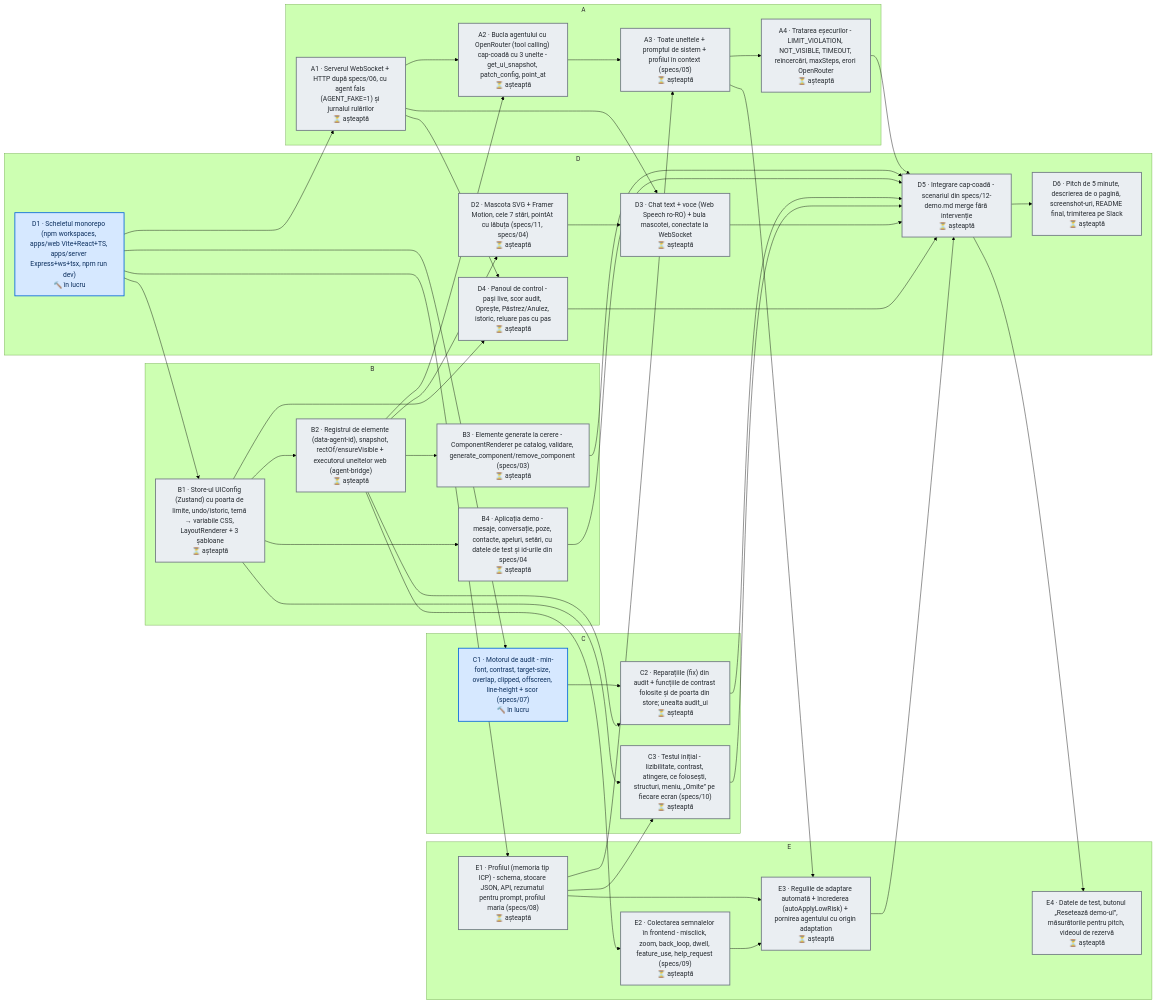
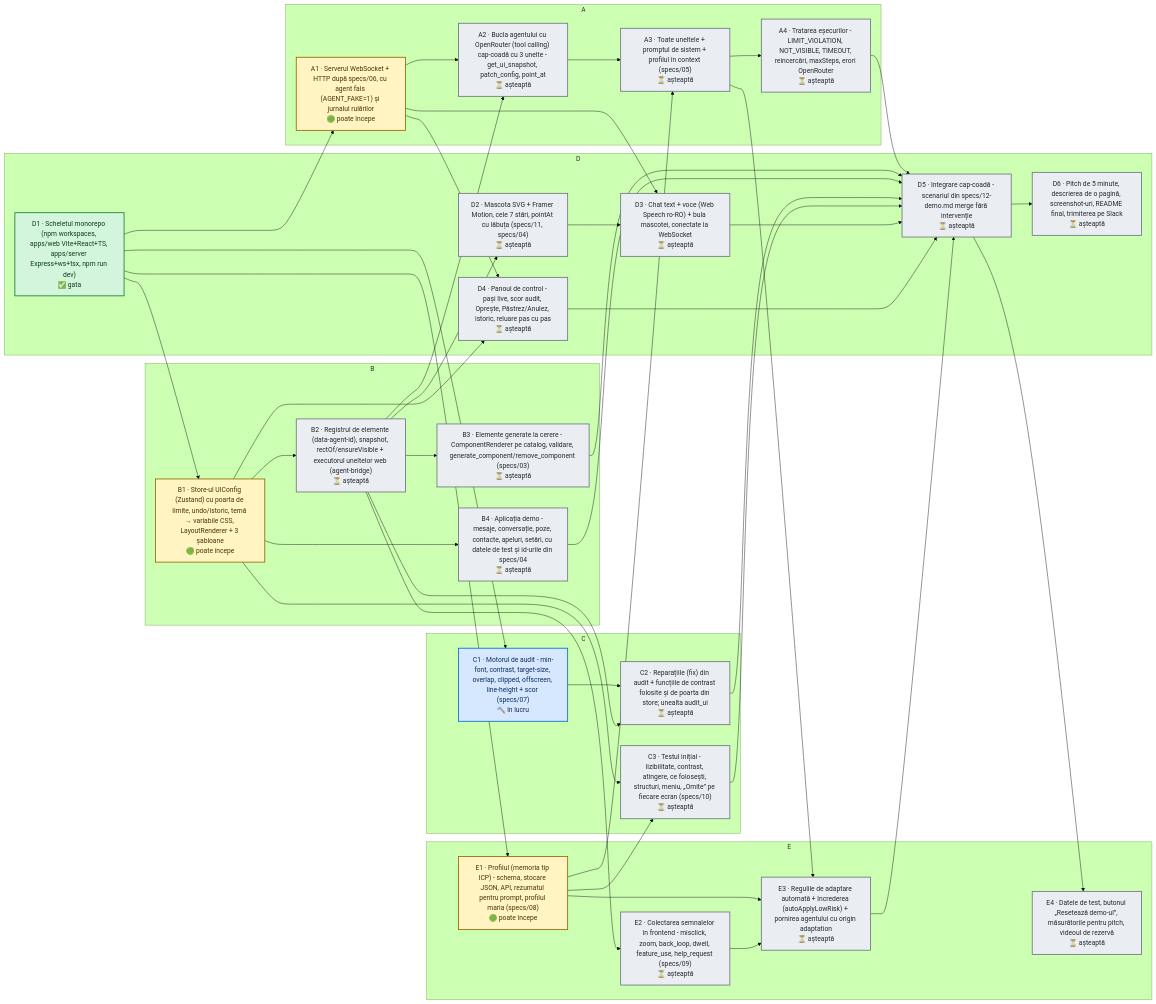
The diagram in DAG.md (06cezar/UiShapeshifter), drawn with Mermaid (forest theme) before and after one commit. The commit also changed other lines of this file and 1 other file, not shown here.

Commit message:
dag: update [skip ci]

````diff
--- a/DAG.md
+++ b/DAG.md
@@ -8,76 +8,78 @@
 ```mermaid
 flowchart LR
   subgraph t_owner_A["A"]
-    t_A1["A1 · Serverul WebSocket + HTTP după specs/06, cu agent fals (AGENT_FAKE=1) și jurnalul rulărilor<br/>⏳ așteaptă"]
+    t_A1["A1 · Serverul WebSocket + HTTP după specs/06, cu agent fals (AGENT_FAKE=1) și jurnalul rulărilor<br/>🟢 poate începe"]
     t_A2["A2 · Bucla agentului cu OpenRouter (tool calling) cap-coadă cu 3 unelte - get_ui_snapshot, patch_config, point_at<br/>⏳ așteaptă"]
     t_A3["A3 · Toate uneltele + promptul de sistem + profilul în context (specs/05)<br/>⏳ așteaptă"]
     t_A4["A4 · Tratarea eșecurilor - LIMIT_VIOLATION, NOT_VISIBLE, TIMEOUT, reîncercări, maxSteps, erori OpenRouter<br/>⏳ așteaptă"]
   end
   subgraph t_owner_B["B"]
-    t_B1["B1 · Store-ul UIConfig (Zustand) cu poarta de limite, undo/istoric, temă → variabile CSS, LayoutRenderer + 3 șabloane<br/>⏳ așteaptă"]
+    t_B1["B1 · Store-ul UIConfig (Zustand) cu poarta de limite, undo/istoric, temă → variabile CSS, LayoutRenderer + 3 șabloane<br/>🟢 poate începe"]
     t_B2["B2 · Registrul de elemente (data-agent-id), snapshot, rectOf/ensureVisible + executorul uneltelor web (agent-bridge)<br/>⏳ așteaptă"]
     t_B3["B3 · Elemente generate la cerere - ComponentRenderer pe catalog, validare, generate_component/remove_component (specs/03)<br/>⏳ așteaptă"]
     t_B4["B4 · Aplicația demo - mesaje, conversație, poze, contacte, apeluri, setări, cu datele de test și id-urile din specs/04<br/>⏳ așteaptă"]
   end
   subgraph t_owner_C["C"]
     t_C1["C1 · Motorul de audit - min-font, contrast, target-size, overlap, clipped, offscreen, line-height + scor (specs/07)<br/>🔨 în lucru"]
     t_C2["C2 · Reparațiile (fix) din audit + funcțiile de contrast folosite și de poarta din store; unealta audit_ui<br/>⏳ așteaptă"]
     t_C3["C3 · Testul inițial - lizibilitate, contrast, atingere, ce folosești, structuri, meniu, „Omite” pe fiecare ecran (specs/10)<br/>⏳ așteaptă"]
   end
   subgraph t_owner_D["D"]
-    t_D1["D1 · Scheletul monorepo (npm workspaces, apps/web Vite+React+TS, apps/server Express+ws+tsx, npm run dev)<br/>🔨 în lucru"]
+    t_D1["D1 · Scheletul monorepo (npm workspaces, apps/web Vite+React+TS, apps/server Express+ws+tsx, npm run dev)<br/>✅ gata"]
     t_D2["D2 · Mascota SVG + Framer Motion, cele 7 stări, pointAt cu lăbuța (specs/11, specs/04)<br/>⏳ așteaptă"]
     t_D3["D3 · Chat text + voce (Web Speech ro-RO) + bula mascotei, conectate la WebSocket<br/>⏳ așteaptă"]
     t_D4["D4 · Panoul de control - pași live, scor audit, Oprește, Păstrez/Anulez, istoric, reluare pas cu pas<br/>⏳ așteaptă"]
     t_D5["D5 · Integrare cap-coadă - scenariul din specs/12-demo.md merge fără intervenție<br/>⏳ așteaptă"]
     t_D6["D6 · Pitch de 5 minute, descrierea de o pagină, screenshot-uri, README final, trimiterea pe Slack<br/>⏳ așteaptă"]
   end
   subgraph t_owner_E["E"]
-    t_E1["E1 · Profilul (memoria tip ICP) - schema, stocare JSON, API, rezumatul pentru prompt, profilul maria (specs/08)<br/>⏳ așteaptă"]
+    t_E1["E1 · Profilul (memoria tip ICP) - schema, stocare JSON, API, rezumatul pentru prompt, profilul maria (specs/08)<br/>🟢 poate începe"]
     t_E2["E2 · Colectarea semnalelor în frontend - misclick, zoom, back_loop, dwell, feature_use, help_request (specs/09)<br/>⏳ așteaptă"]
     t_E3["E3 · Regulile de adaptare automată + încrederea (autoApplyLowRisk) + pornirea agentului cu origin adaptation<br/>⏳ așteaptă"]
     t_E4["E4 · Datele de test, butonul „Resetează demo-ul”, măsurătorile pentru pitch, videoul de rezervă<br/>⏳ așteaptă"]
   end
   t_B2 --> t_D2
   t_A1 --> t_D3
   t_D2 --> t_D3
   t_A1 --> t_D4
   t_B1 --> t_D4
   t_A4 --> t_D5
   t_B3 --> t_D5
   t_B4 --> t_D5
   t_C2 --> t_D5
   t_C3 --> t_D5
   t_D3 --> t_D5
   t_D4 --> t_D5
   t_E3 --> t_D5
   t_D5 --> t_D6
   t_D1 --> t_A1
   t_A1 --> t_A2
   t_B2 --> t_A2
   t_A2 --> t_A3
   t_E1 --> t_A3
   t_A3 --> t_A4
   t_D1 --> t_B1
   t_B1 --> t_B2
   t_B2 --> t_B3
   t_B1 --> t_B4
   t_D1 --> t_C1
   t_C1 --> t_C2
   t_B2 --> t_C2
   t_B1 --> t_C3
   t_E1 --> t_C3
   t_D1 --> t_E1
   t_B2 --> t_E2
   t_E1 --> t_E3
   t_E2 --> t_E3
   t_A3 --> t_E3
   t_D5 --> t_E4
   classDef done fill:#d3f5dc,stroke:#1a7f37,color:#0b3d1a,stroke-width:2px
   classDef progress fill:#d6e8ff,stroke:#0969da,color:#0a2d5c,stroke-width:2px
   classDef ready fill:#fff4c2,stroke:#9a6700,color:#4d3300,stroke-width:2px
   classDef wait fill:#eaeef2,stroke:#6e7781,color:#24292f,stroke-width:2px
   classDef blocked fill:#ffd8d3,stroke:#cf222e,color:#5c0b10,stroke-width:2px
-  class t_D1,t_C1 progress
-  class t_D2,t_D3,t_D4,t_D5,t_D6,t_A1,t_A2,t_A3,t_A4,t_B1,t_B2,t_B3,t_B4,t_C2,t_C3,t_E1,t_E2,t_E3,t_E4 wait
+  class t_D1 done
+  class t_C1 progress
+  class t_A1,t_B1,t_E1 ready
+  class t_D2,t_D3,t_D4,t_D5,t_D6,t_A2,t_A3,t_A4,t_B2,t_B3,t_B4,t_C2,t_C3,t_E2,t_E3,t_E4 wait
 ```
````
